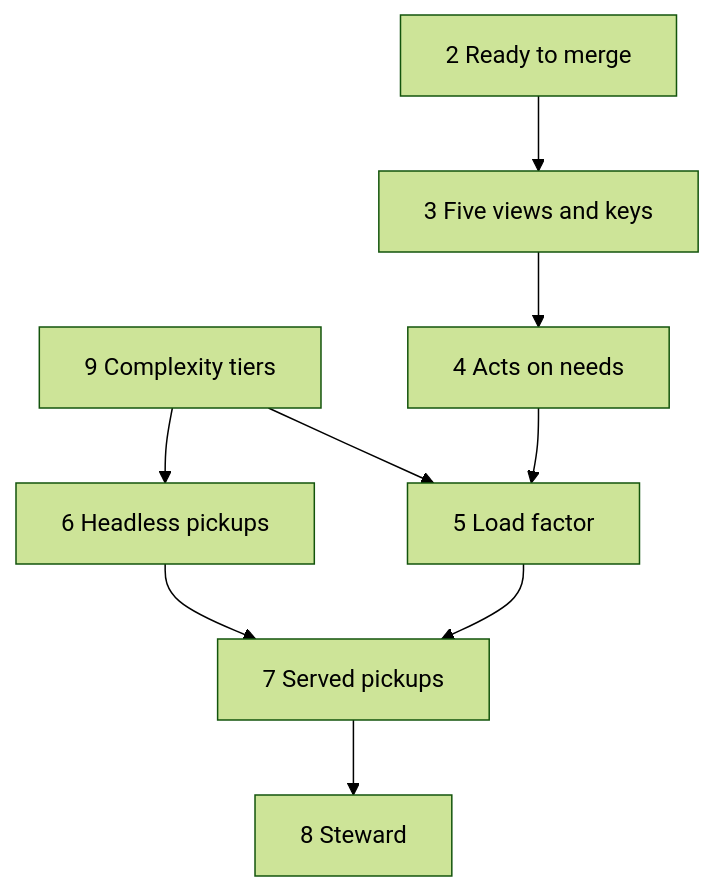
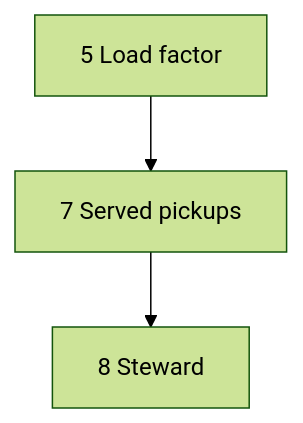
One commit to jig-harness/jig changed the diagram in design/line-at-capacity.md. Above: the diagram before and after it, drawn with Mermaid (forest theme). The commit also changed other lines of this file and 1 other file, not shown here.

````diff
--- a/design/line-at-capacity.md
+++ b/design/line-at-capacity.md
@@ -298,11 +300,5 @@
 ```mermaid
 flowchart TD
-  T9[9 Complexity tiers] --> T5[5 Load factor]
-  T9 --> T6[6 Headless pickups]
-  T2[2 Ready to merge] --> T3[3 Five views and keys]
-  T3 --> T4[4 Acts on needs]
-  T4 --> T5
-  T5 --> T7[7 Served pickups]
-  T6 --> T7
+  T5[5 Load factor] --> T7[7 Served pickups]
   T7 --> T8[8 Steward]
 ```
````
